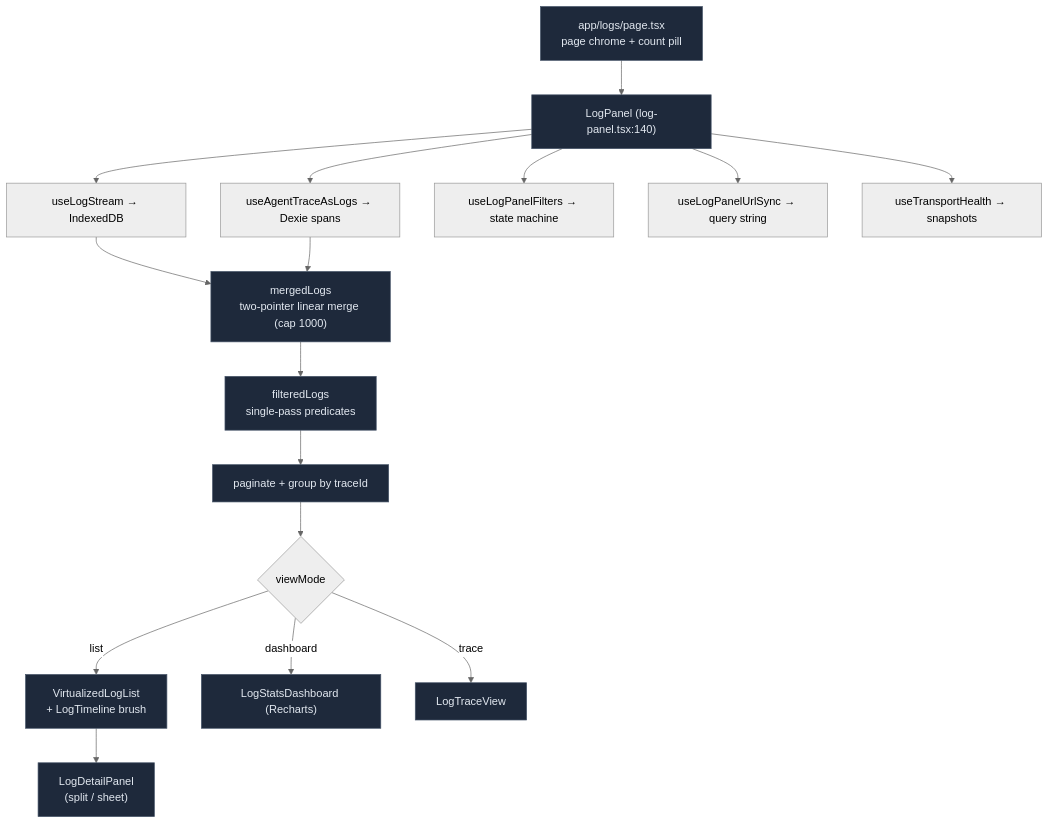
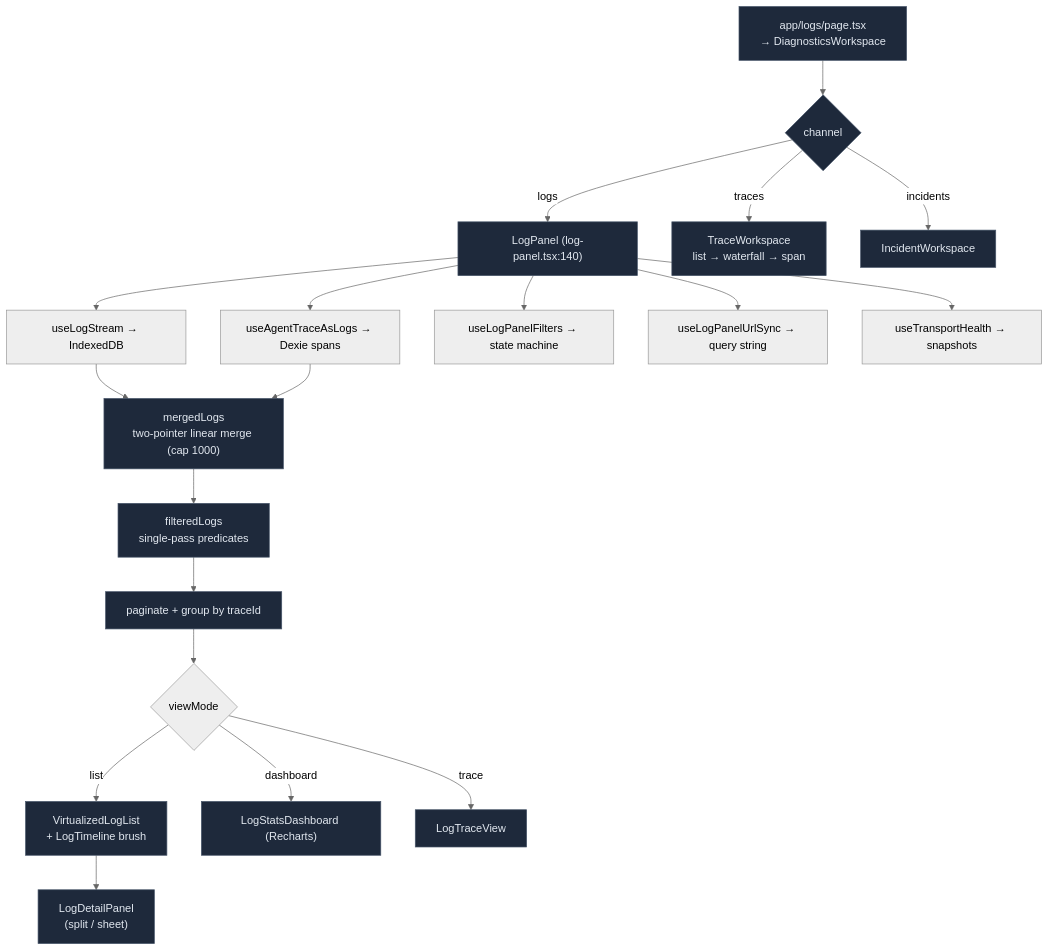
The diagram in docs/content/docs/en/subsystems/observability/log-panel.mdx (MaxQian888/cognia-next), drawn with Mermaid (neutral theme) before and after one commit. The commit also changed other lines of this file and 22 other files, not shown here.

````diff
--- a/docs/content/docs/en/subsystems/observability/log-panel.mdx
+++ b/docs/content/docs/en/subsystems/observability/log-panel.mdx
@@ -33,22 +35,25 @@
 ```mermaid
 flowchart TB
-  Page["app/logs/page.tsx<br/>page chrome + count pill"]
-  Page --> Panel["LogPanel (log-panel.tsx:140)"]
+  Page["app/logs/page.tsx<br/>→ DiagnosticsWorkspace"]
+  Page --> Ch{"channel"}
+  Ch -->|"logs"| Panel["LogPanel (log-panel.tsx:140)"]
+  Ch -->|"traces"| TW["TraceWorkspace<br/>list → waterfall → span"]
+  Ch -->|"incidents"| IW["IncidentWorkspace"]
   Panel --> H1["useLogStream → IndexedDB"]
   Panel --> H2["useAgentTraceAsLogs → Dexie spans"]
   Panel --> H3["useLogPanelFilters → state machine"]
   Panel --> H4["useLogPanelUrlSync → query string"]
   Panel --> H5["useTransportHealth → snapshots"]
   H1 --> Merge["mergedLogs<br/>two-pointer linear merge (cap 1000)"]
   H2 --> Merge
   Merge --> Filter["filteredLogs<br/>single-pass predicates"]
   Filter --> Page2["paginate + group by traceId"]
   Page2 --> View{"viewMode"}
   View -->|"list"| VL["VirtualizedLogList<br/>+ LogTimeline brush"]
   View -->|"dashboard"| DB["LogStatsDashboard (Recharts)"]
   View -->|"trace"| TV["LogTraceView"]
   VL --> Detail["LogDetailPanel<br/>(split / sheet)"]
 
   classDef box fill:#1e293b,stroke:#475569,color:#e2e8f0
-  class Page,Panel,Merge,Filter,Page2,VL,DB,TV,Detail box
+  class Page,Ch,Panel,TW,IW,Merge,Filter,Page2,VL,DB,TV,Detail box
 ```
````
